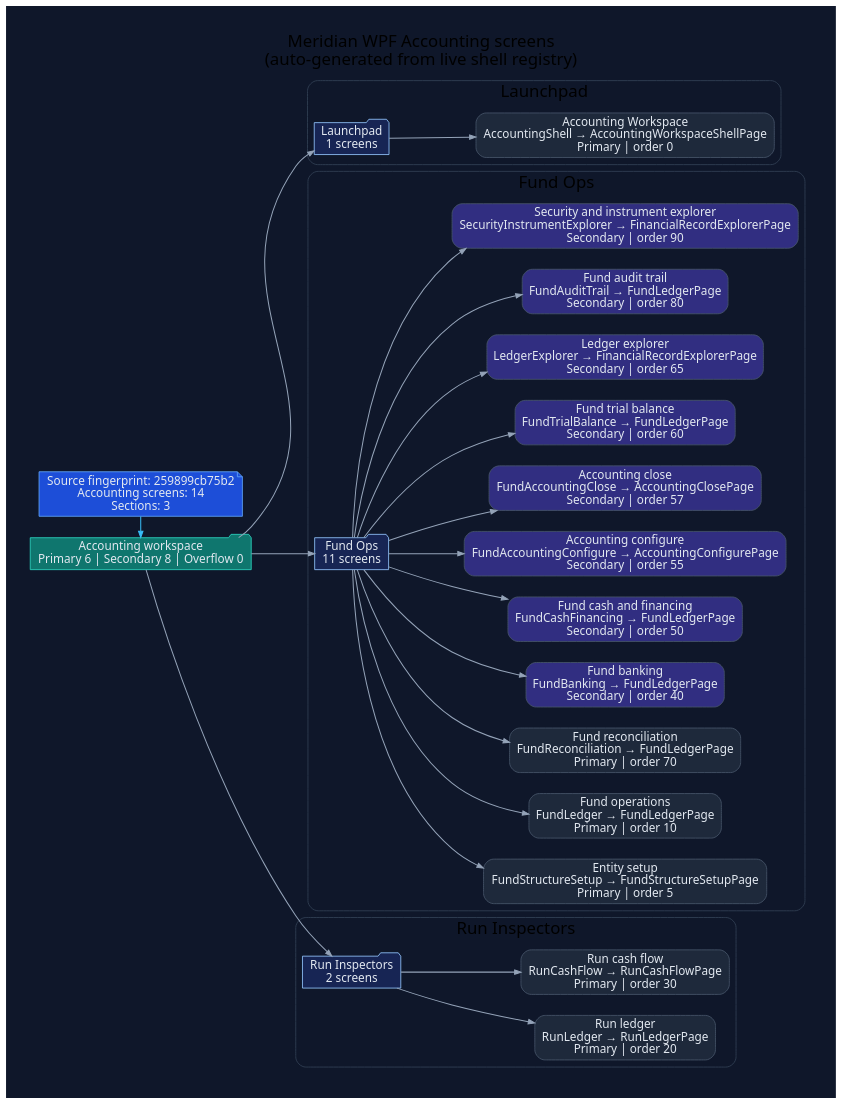
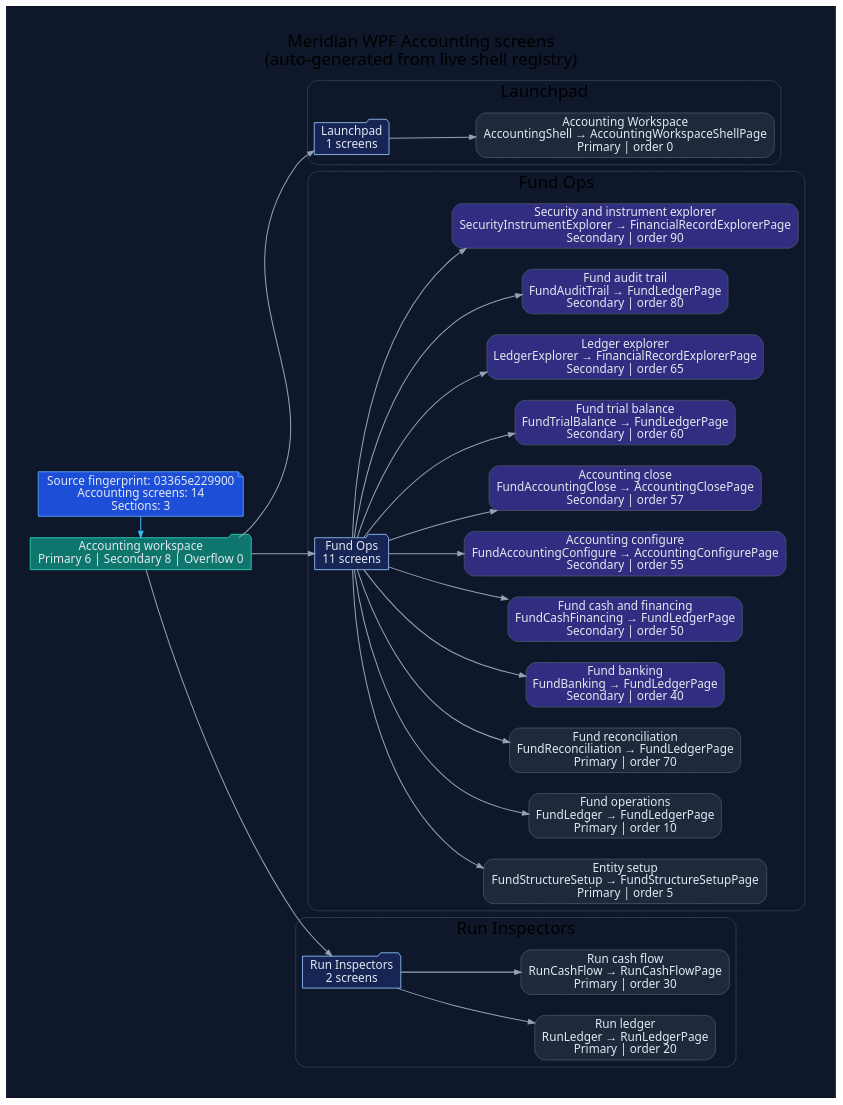
Before and after one commit to rodoHasArrived/Meridian-main: the diagram in docs/diagrams/ui/ui-wpf-screens-accounting.dot, drawn with Graphviz. The commit also changed 88 other files, not shown here.

```diff
--- a/docs/diagrams/ui/ui-wpf-screens-accounting.dot
+++ b/docs/diagrams/ui/ui-wpf-screens-accounting.dot
@@ -1,78 +1,78 @@
 // -----------------------------------------------------------------------------
 // <auto-generated>
 // Generated by scripts/generate-diagrams.mjs.
 // Do not edit this file directly; update the WPF source files instead.
 // -----------------------------------------------------------------------------
 digraph WpfAccountingScreens {
   graph [
     rankdir=LR,
     labelloc=t,
     label="Meridian WPF Accounting screens\n(auto-generated from live shell registry)",
     fontname="Segoe UI",
     fontsize=20,
     pad=0.4,
     nodesep=0.35,
     ranksep=0.85,
     bgcolor="#0f172a"
   ];
   node [fontname="Segoe UI", shape=box, style="rounded,filled", color="#475569", fontcolor="#e2e8f0", fillcolor="#1e293b"];
   edge [fontname="Segoe UI", color="#94a3b8", penwidth=1.2, arrowsize=0.75];
 
-  generated [shape=note, fillcolor="#1d4ed8", color="#60a5fa", label="Source fingerprint: 259899cb75b2\nAccounting screens: 14\nSections: 3"];
+  generated [shape=note, fillcolor="#1d4ed8", color="#60a5fa", label="Source fingerprint: 03365e229900\nAccounting screens: 14\nSections: 3"];
   workspace [shape=folder, fillcolor="#0f766e", color="#2dd4bf", label="Accounting workspace\nPrimary 6 | Secondary 8 | Overflow 0"];
   generated -> workspace [color="#38bdf8"];
 
   subgraph cluster_section_1 {
     label="Launchpad";
     color="#334155";
     style="rounded";
     section_1 [shape=folder, fillcolor="#172554", color="#93c5fd", label="Launchpad\n1 screens"];
     workspace -> section_1;
     screen_AccountingShell [fillcolor="#1e293b", label="Accounting Workspace\nAccountingShell → AccountingWorkspaceShellPage\nPrimary | order 0"];
     section_1 -> screen_AccountingShell;
   }
 
   subgraph cluster_section_2 {
     label="Fund Ops";
     color="#334155";
     style="rounded";
     section_2 [shape=folder, fillcolor="#172554", color="#93c5fd", label="Fund Ops\n11 screens"];
     workspace -> section_2;
     screen_FundStructureSetup [fillcolor="#1e293b", label="Entity setup\nFundStructureSetup → FundStructureSetupPage\nPrimary | order 5"];
     section_2 -> screen_FundStructureSetup;
     screen_FundLedger [fillcolor="#1e293b", label="Fund operations\nFundLedger → FundLedgerPage\nPrimary | order 10"];
     section_2 -> screen_FundLedger;
     screen_FundReconciliation [fillcolor="#1e293b", label="Fund reconciliation\nFundReconciliation → FundLedgerPage\nPrimary | order 70"];
     section_2 -> screen_FundReconciliation;
     screen_FundBanking [fillcolor="#312e81", label="Fund banking\nFundBanking → FundLedgerPage\nSecondary | order 40"];
     section_2 -> screen_FundBanking;
     screen_FundCashFinancing [fillcolor="#312e81", label="Fund cash and financing\nFundCashFinancing → FundLedgerPage\nSecondary | order 50"];
     section_2 -> screen_FundCashFinancing;
     screen_FundAccountingConfigure [fillcolor="#312e81", label="Accounting configure\nFundAccountingConfigure → AccountingConfigurePage\nSecondary | order 55"];
     section_2 -> screen_FundAccountingConfigure;
     screen_FundAccountingClose [fillcolor="#312e81", label="Accounting close\nFundAccountingClose → AccountingClosePage\nSecondary | order 57"];
     section_2 -> screen_FundAccountingClose;
     screen_FundTrialBalance [fillcolor="#312e81", label="Fund trial balance\nFundTrialBalance → FundLedgerPage\nSecondary | order 60"];
     section_2 -> screen_FundTrialBalance;
     screen_LedgerExplorer [fillcolor="#312e81", label="Ledger explorer\nLedgerExplorer → FinancialRecordExplorerPage\nSecondary | order 65"];
     section_2 -> screen_LedgerExplorer;
     screen_FundAuditTrail [fillcolor="#312e81", label="Fund audit trail\nFundAuditTrail → FundLedgerPage\nSecondary | order 80"];
     section_2 -> screen_FundAuditTrail;
     screen_SecurityInstrumentExplorer [fillcolor="#312e81", label="Security and instrument explorer\nSecurityInstrumentExplorer → FinancialRecordExplorerPage\nSecondary | order 90"];
     section_2 -> screen_SecurityInstrumentExplorer;
   }
 
   subgraph cluster_section_3 {
     label="Run Inspectors";
     color="#334155";
     style="rounded";
     section_3 [shape=folder, fillcolor="#172554", color="#93c5fd", label="Run Inspectors\n2 screens"];
     workspace -> section_3;
     screen_RunLedger [fillcolor="#1e293b", label="Run ledger\nRunLedger → RunLedgerPage\nPrimary | order 20"];
     section_3 -> screen_RunLedger;
     screen_RunCashFlow [fillcolor="#1e293b", label="Run cash flow\nRunCashFlow → RunCashFlowPage\nPrimary | order 30"];
     section_3 -> screen_RunCashFlow;
   }
 
   { rank=min; generated; workspace; }
 }
```
